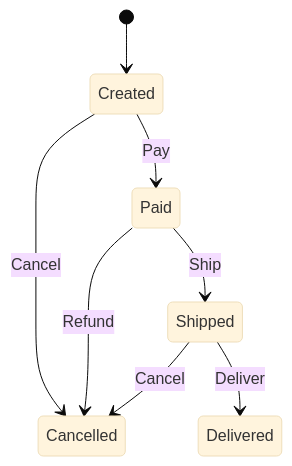
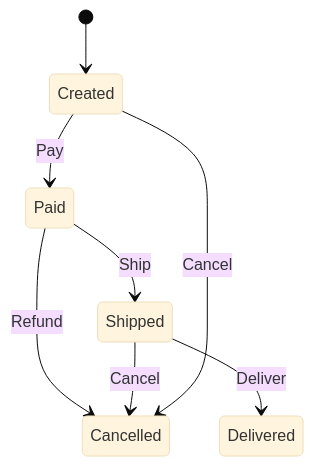
Before and after one commit to kookyleo/yasm: the diagram in examples/docs/order_state_machine.mermaid, drawn with Mermaid (base theme). The commit also changed other lines of this file and 5 other files, not shown here.

```diff
--- a/examples/docs/order_state_machine.mermaid
+++ b/examples/docs/order_state_machine.mermaid
@@ -1,8 +1,8 @@
 stateDiagram-v2
     [*] --> Created
-    Paid --> Shipped : Ship
+    Shipped --> Delivered : Deliver
     Created --> Paid : Pay
-    Created --> Cancelled : Cancel
     Paid --> Cancelled : Refund
     Shipped --> Cancelled : Cancel
-    Shipped --> Delivered : Deliver
+    Created --> Cancelled : Cancel
+    Paid --> Shipped : Ship
```
